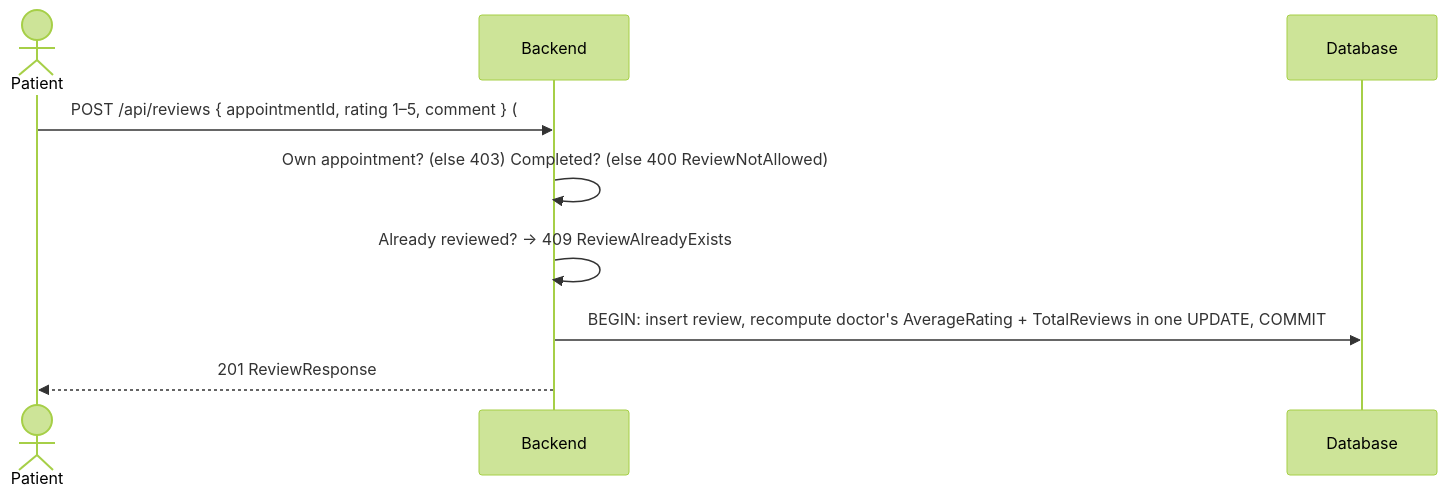
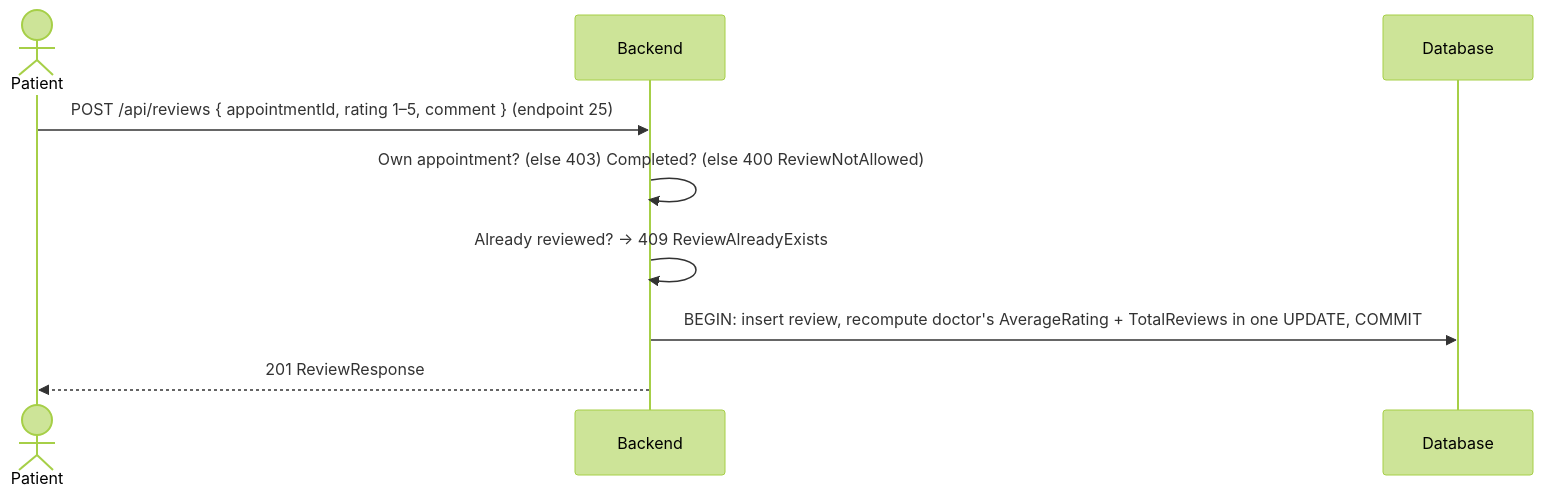
The tenth of 12 diagrams in docs/V1_GUIDE.md (S3d0o/ClinicFlow-Backend), drawn with Mermaid (forest theme) before and after one commit. The commit also changed other lines of this file, not shown here.

First line of the commit message:
Fix the doctor-approval diagram in the V1 guide

````diff
--- a/docs/V1_GUIDE.md
+++ b/docs/V1_GUIDE.md
@@ -485,12 +485,12 @@
 ```mermaid
 sequenceDiagram
     actor P as Patient
     participant API as Backend
     participant DB as Database
 
-    P->>API: POST /api/reviews { appointmentId, rating 1–5, comment } (#25)
+    P->>API: POST /api/reviews { appointmentId, rating 1–5, comment } (endpoint 25)
     API->>API: Own appointment? (else 403) Completed? (else 400 ReviewNotAllowed)
     API->>API: Already reviewed? → 409 ReviewAlreadyExists
     API->>DB: BEGIN: insert review, recompute doctor's AverageRating + TotalReviews in one UPDATE, COMMIT
     API-->>P: 201 ReviewResponse
 ```
````
